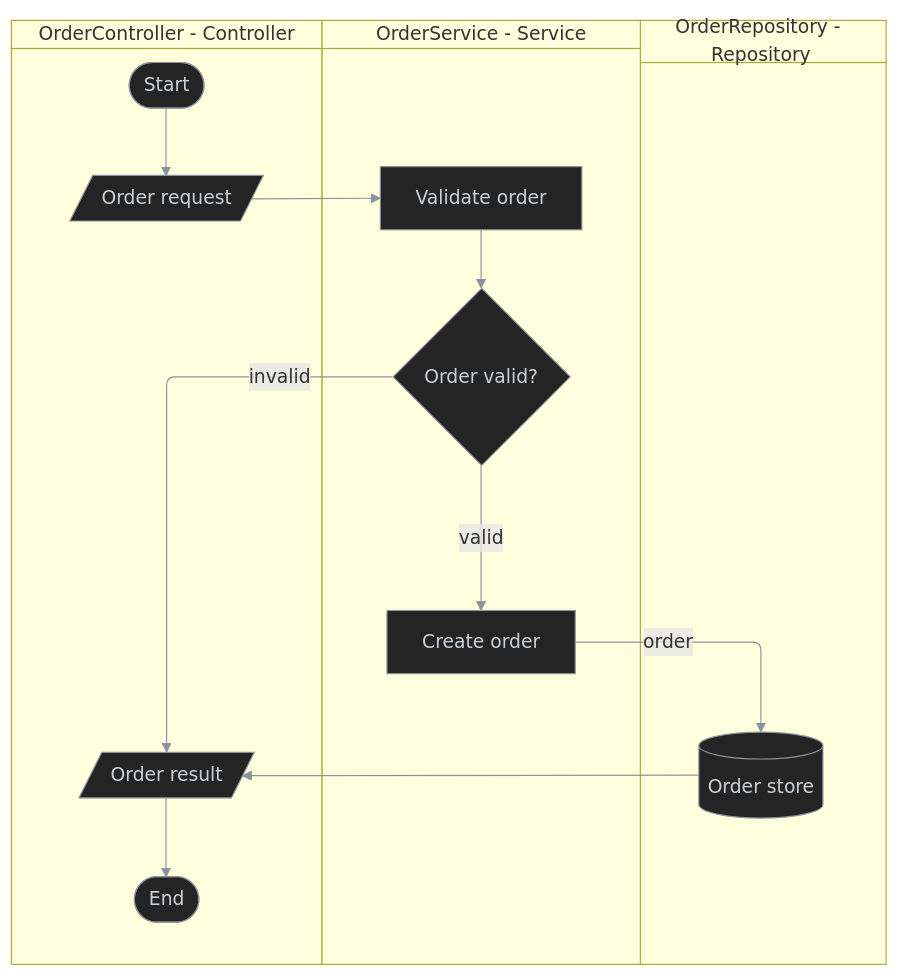
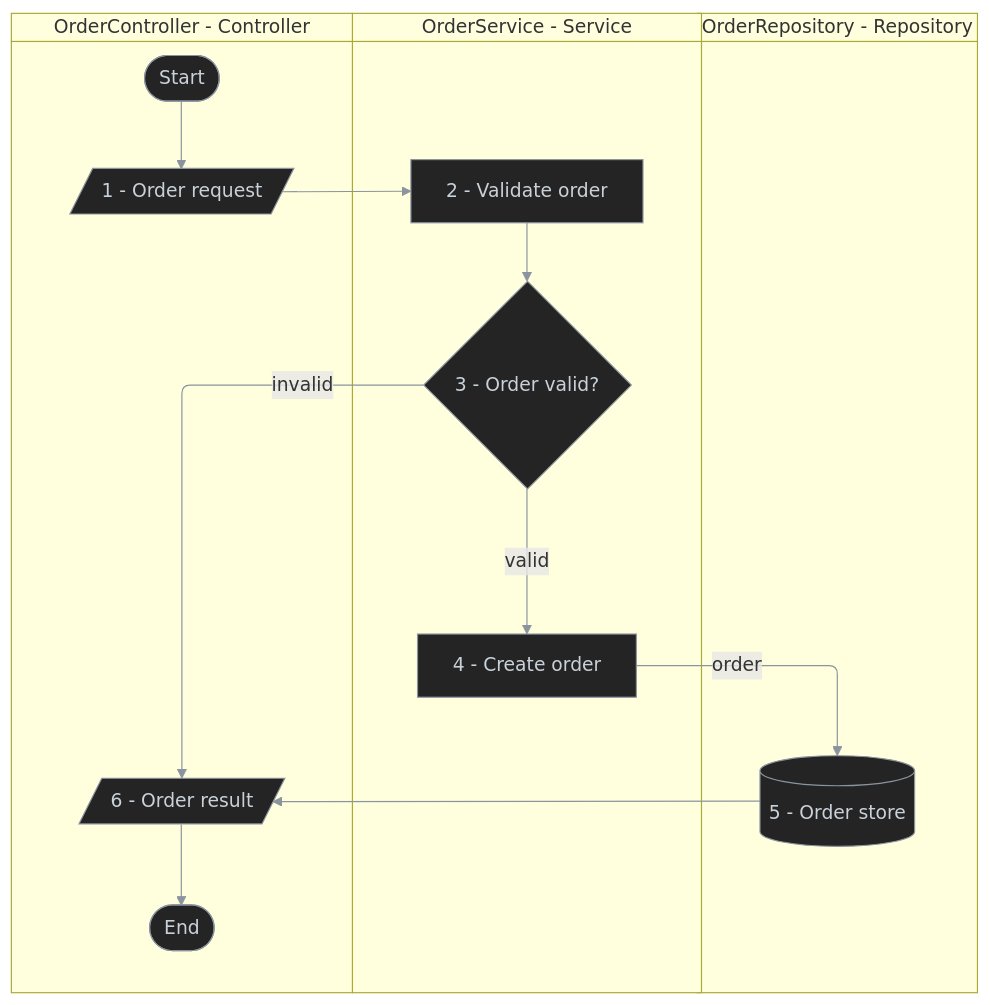
Before and after one commit to antshc/brain: the fifth of 8 diagrams in plugins/wf/skills/doc-behavior-diagram/README.md, drawn with Mermaid. The commit also changed other lines of this file, not shown here.

Commit message:
Update behavior diagram examples with hierarchical step numbering for clarity

````diff
--- a/plugins/wf/skills/doc-behavior-diagram/README.md
+++ b/plugins/wf/skills/doc-behavior-diagram/README.md
@@ -142,30 +145,30 @@
 ```mermaid
 %%{init: {'themeVariables': {'lineColor': '#8b949e'}}}%%
 %% diagram-id: order-processing-internal-responsibility
 swimlane-beta TB
   accTitle: Order service internal ownership
   accDescr: Shows responsibility moving between controller, service, and repository components inside the order service.
 
   subgraph controller [OrderController - Controller]
     start([Start])
-    receive[/Order request/]
-    returnResult[/Order result/]
+    receive[/1 - Order request/]
+    returnResult[/6 - Order result/]
     endNode([End])
   end
 
   subgraph service [OrderService - Service]
-    validate[Validate order]
-    valid{Order valid?}
-    createOrder[Create order]
+    validate[2 - Validate order]
+    valid{3 - Order valid?}
+    createOrder[4 - Create order]
   end
 
   subgraph repository [OrderRepository - Repository]
-    saveOrder[(Order store)]
+    saveOrder[(5 - Order store)]
   end
 
   start --> receive --> validate --> valid
   valid -->|invalid| returnResult
   valid -->|valid| createOrder -->|order| saveOrder --> returnResult --> endNode
 
   classDef default fill:#242424,stroke:#8b949e,color:#c9d1d9,stroke-width:1px
 ```
````
